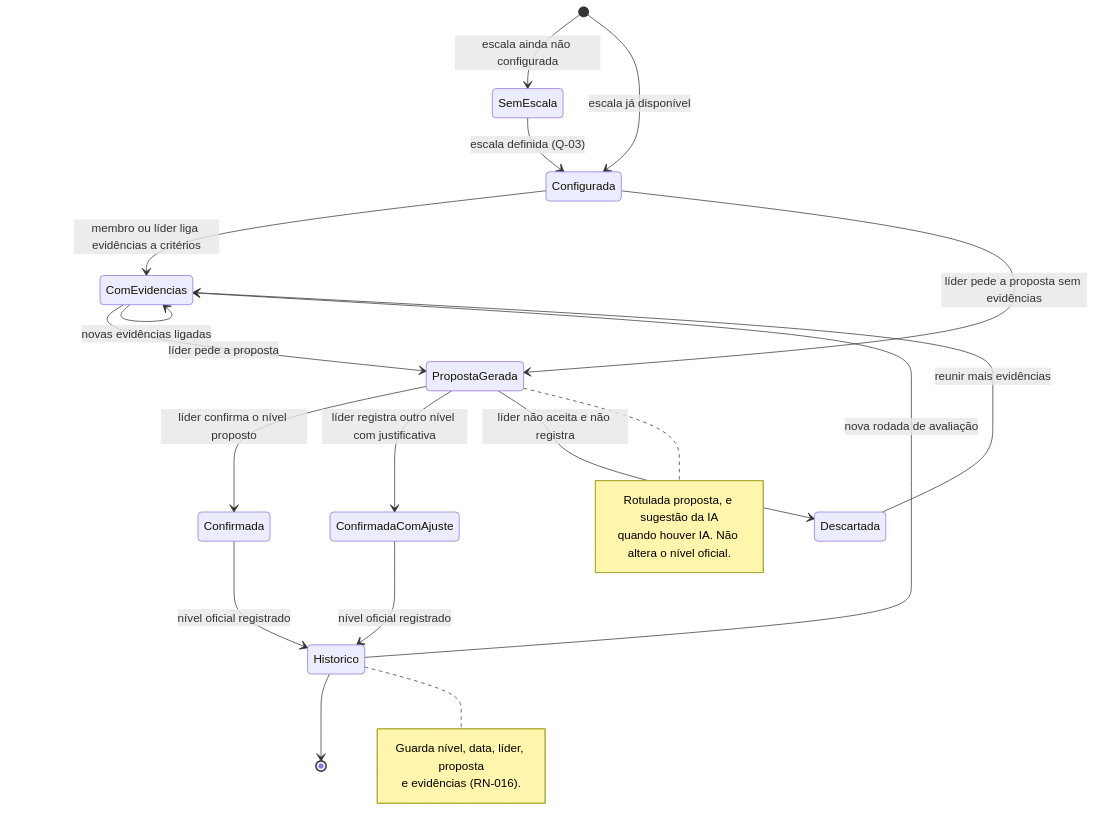
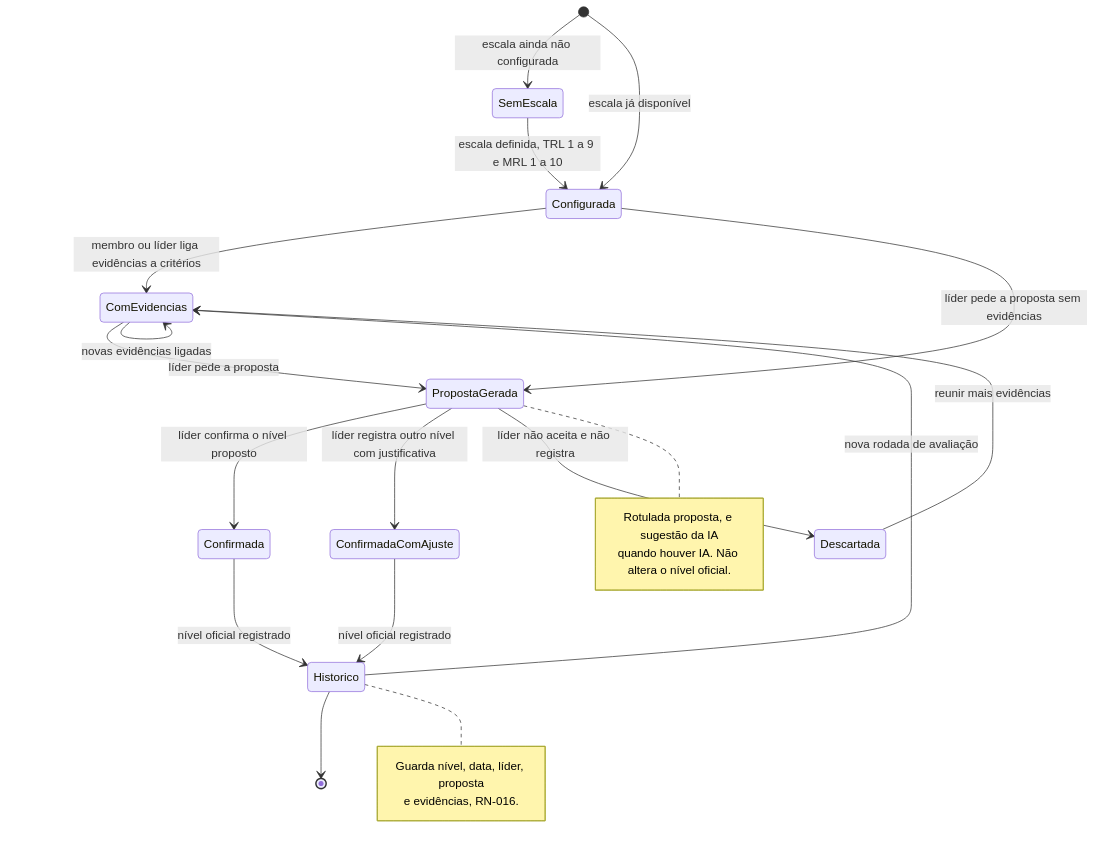
One commit to Beguelly/gestprojet changed diagram 13 of 26 in docs/04-workflows.md. Above: the diagram before and after it, drawn with Mermaid. The commit also changed other lines of this file and 3 other files, not shown here.

````diff
--- a/docs/04-workflows.md
+++ b/docs/04-workflows.md
@@ -796,27 +796,27 @@
 ```mermaid
 stateDiagram-v2
     [*] --> SemEscala: escala ainda não configurada
-    SemEscala --> Configurada: escala definida (Q-03)
+    SemEscala --> Configurada: escala definida, TRL 1 a 9 e MRL 1 a 10
     [*] --> Configurada: escala já disponível
     Configurada --> ComEvidencias: membro ou líder liga evidências a critérios
     ComEvidencias --> ComEvidencias: novas evidências ligadas
     ComEvidencias --> PropostaGerada: líder pede a proposta
     Configurada --> PropostaGerada: líder pede a proposta sem evidências
     PropostaGerada --> Confirmada: líder confirma o nível proposto
     PropostaGerada --> ConfirmadaComAjuste: líder registra outro nível com justificativa
     PropostaGerada --> Descartada: líder não aceita e não registra
     Descartada --> ComEvidencias: reunir mais evidências
     Confirmada --> Historico: nível oficial registrado
     ConfirmadaComAjuste --> Historico: nível oficial registrado
     Historico --> ComEvidencias: nova rodada de avaliação
     Historico --> [*]
 
     note right of PropostaGerada
         Rotulada proposta, e sugestão da IA
         quando houver IA. Não altera o nível oficial.
     end note
     note right of Historico
         Guarda nível, data, líder, proposta
-        e evidências (RN-016).
+        e evidências, RN-016.
     end note
 ```
````
